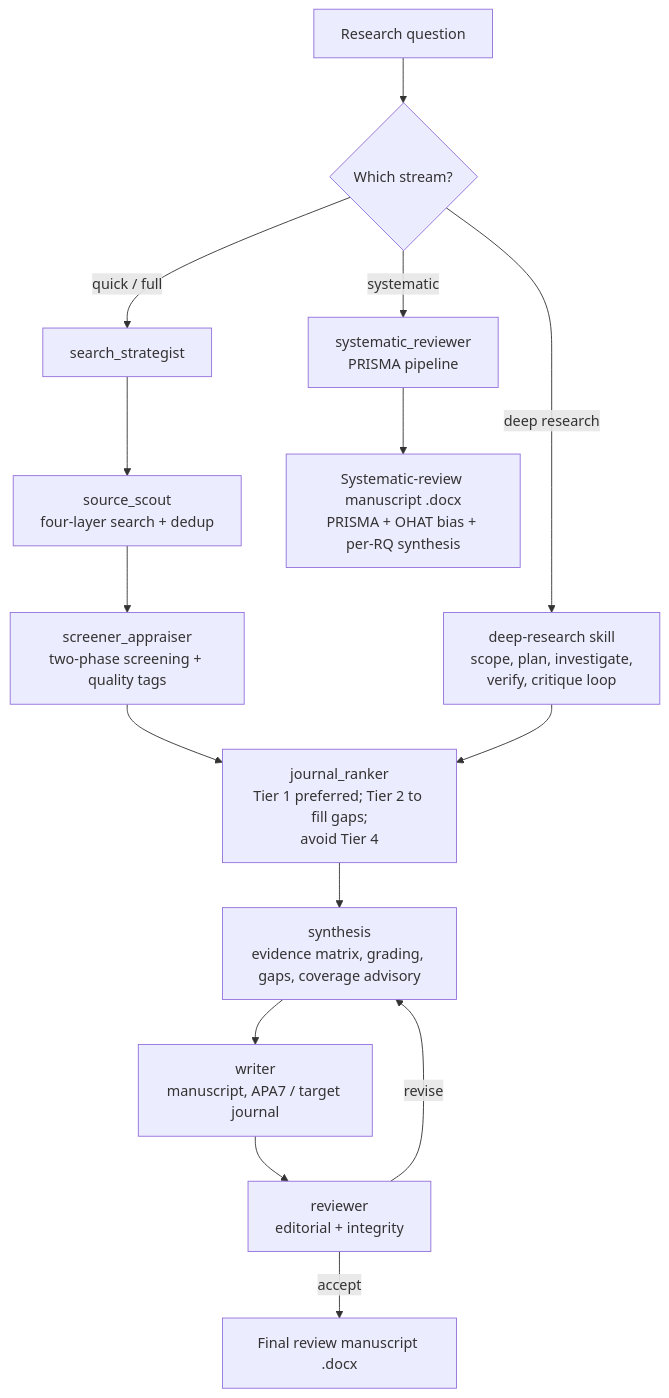
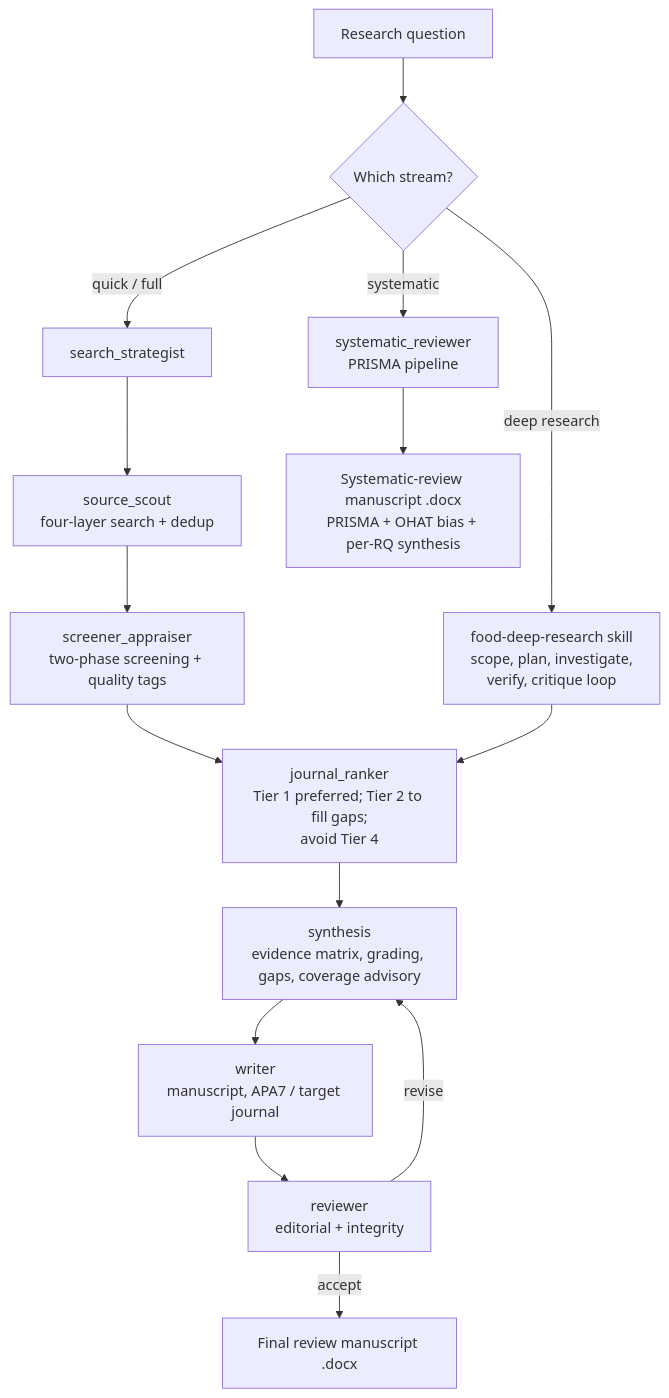
The diagram in food-research/SKILL.md (PangenomeAI/academic-skills-food-nutrition), drawn with Mermaid before and after one commit. The commit also changed other lines of this file and 30 other files, not shown here.

Commit message:
Rename deep-research skill to food-deep-research (avoid name collisions); update folder, name, marketplace, installer, and all cross-references (v1.22.0)

````diff
--- a/food-research/SKILL.md
+++ b/food-research/SKILL.md
@@ -39,17 +39,17 @@
 ```mermaid
 flowchart TD
     Q[Research question] --> M{Which stream?}
     M -- quick / full --> S1[search_strategist]
-    M -- deep research --> DR[deep-research skill<br/>scope, plan, investigate,<br/>verify, critique loop]
+    M -- deep research --> DR[food-deep-research skill<br/>scope, plan, investigate,<br/>verify, critique loop]
     M -- systematic --> SR[systematic_reviewer<br/>PRISMA pipeline]
     S1 --> S2[source_scout<br/>four-layer search + dedup]
     S2 --> S3[screener_appraiser<br/>two-phase screening + quality tags]
     S3 --> JR[journal_ranker<br/>Tier 1 preferred; Tier 2 to fill gaps;<br/>avoid Tier 4]
     DR --> JR
     JR --> SY[synthesis<br/>evidence matrix, grading, gaps, coverage advisory]
     SY --> WR[writer<br/>manuscript, APA7 / target journal]
     WR --> RV[reviewer<br/>editorial + integrity]
     RV -- revise --> SY
     RV -- accept --> DOCX[Final review manuscript .docx]
     SR --> SROUT[Systematic-review manuscript .docx<br/>PRISMA + OHAT bias + per-RQ synthesis]
 ```
````
